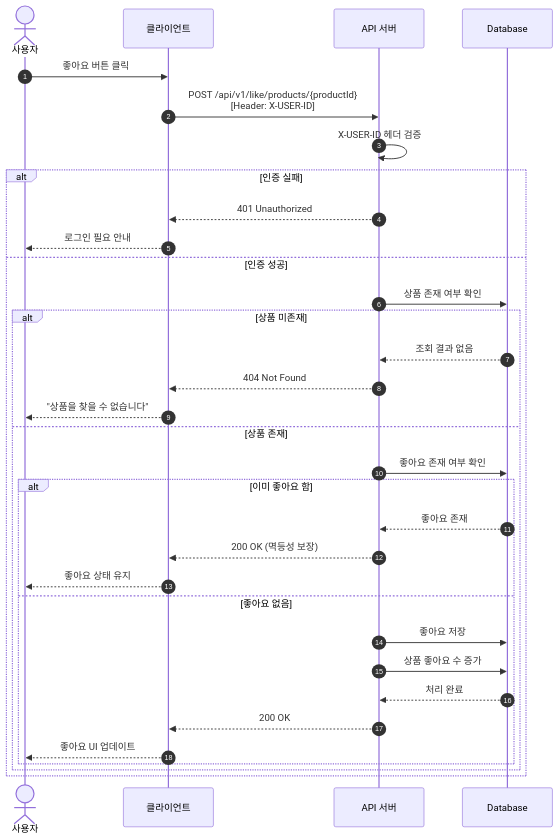
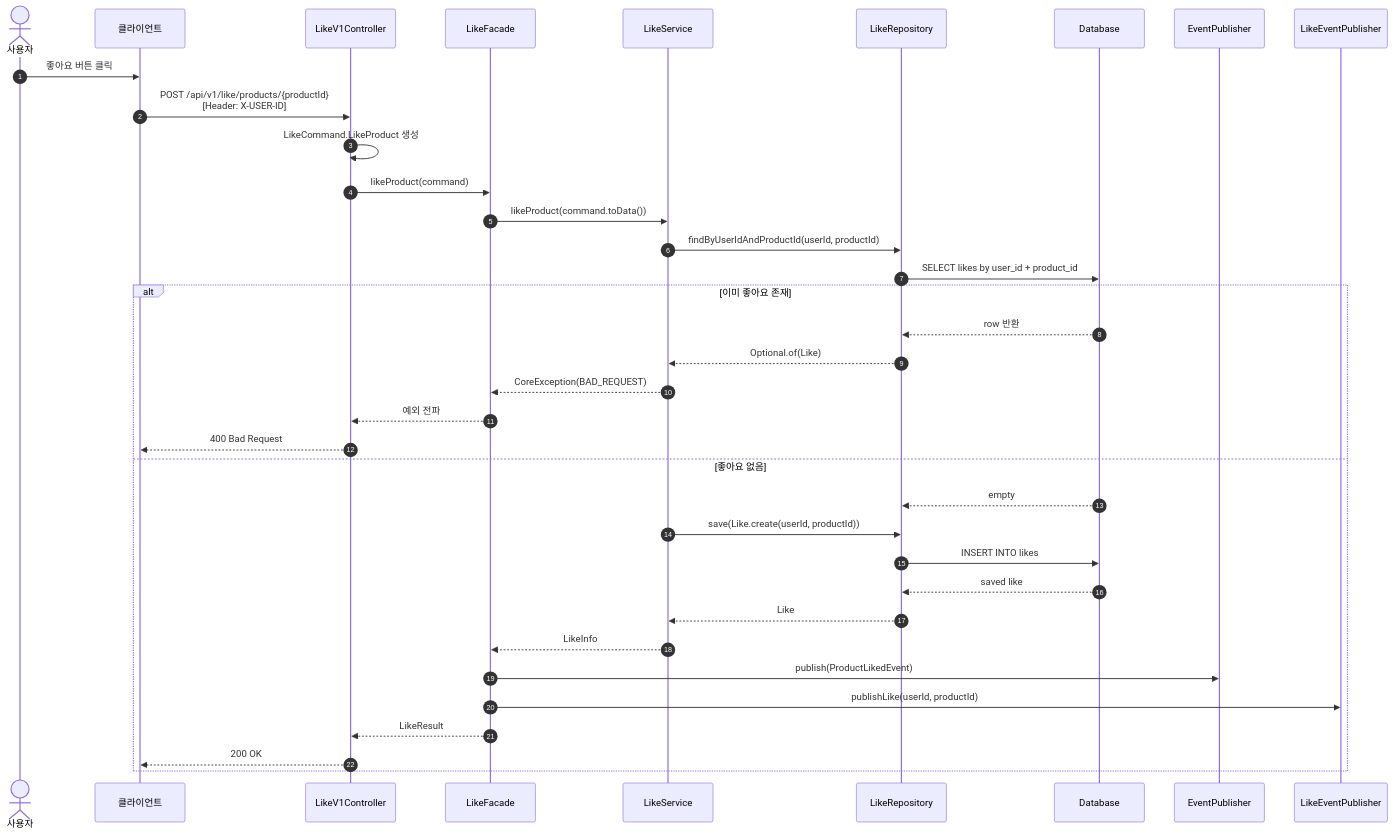
One commit to yht0827/my-commerce changed the eighth of 14 diagrams in docs/02-sequence-diagrams.md. Above: the diagram before and after it, drawn with Mermaid. The commit also changed other lines of this file and 16 other files, not shown here.

First line of the commit message:
:sparkles: feat: 좋아요 도메인 추가 및 API/비즈니스 로직 구현

````diff
--- a/docs/02-sequence-diagrams.md
+++ b/docs/02-sequence-diagrams.md
@@ -288,40 +288,40 @@
 ```mermaid
 sequenceDiagram
     autonumber
     actor User as 사용자
     participant Client as 클라이언트
-    participant Server as API 서버
+    participant Controller as LikeV1Controller
+    participant Facade as LikeFacade
+    participant Service as LikeService
+    participant Repository as LikeRepository
     participant DB as Database
+    participant EventBus as EventPublisher
+    participant Kafka as LikeEventPublisher
 
     User->>Client: 좋아요 버튼 클릭
-    Client->>Server: POST /api/v1/like/products/{productId}<br/>[Header: X-USER-ID]
+    Client->>Controller: POST /api/v1/like/products/{productId}<br/>[Header: X-USER-ID]
+    Controller->>Controller: LikeCommand.LikeProduct 생성
+    Controller->>Facade: likeProduct(command)
+    Facade->>Service: likeProduct(command.toData())
+    Service->>Repository: findByUserIdAndProductId(userId, productId)
+    Repository->>DB: SELECT likes by user_id + product_id
 
-    Server->>Server: X-USER-ID 헤더 검증
-
-    alt 인증 실패
-        Server-->>Client: 401 Unauthorized
-        Client-->>User: 로그인 필요 안내
-    else 인증 성공
-        Server->>DB: 상품 존재 여부 확인
-
-        alt 상품 미존재
-            DB-->>Server: 조회 결과 없음
-            Server-->>Client: 404 Not Found
-            Client-->>User: "상품을 찾을 수 없습니다"
-        else 상품 존재
-            Server->>DB: 좋아요 존재 여부 확인
-
-            alt 이미 좋아요 함
-                DB-->>Server: 좋아요 존재
-                Server-->>Client: 200 OK (멱등성 보장)
-                Client-->>User: 좋아요 상태 유지
-            else 좋아요 없음
-                Server->>DB: 좋아요 저장
-                Server->>DB: 상품 좋아요 수 증가
-                DB-->>Server: 처리 완료
-                Server-->>Client: 200 OK
-                Client-->>User: 좋아요 UI 업데이트
-            end
-        end
+    alt 이미 좋아요 존재
+        DB-->>Repository: row 반환
+        Repository-->>Service: Optional.of(Like)
+        Service-->>Facade: CoreException(BAD_REQUEST)
+        Facade-->>Controller: 예외 전파
+        Controller-->>Client: 400 Bad Request
+    else 좋아요 없음
+        DB-->>Repository: empty
+        Service->>Repository: save(Like.create(userId, productId))
+        Repository->>DB: INSERT INTO likes
+        DB-->>Repository: saved like
+        Repository-->>Service: Like
+        Service-->>Facade: LikeInfo
+        Facade->>EventBus: publish(ProductLikedEvent)
+        Facade->>Kafka: publishLike(userId, productId)
+        Facade-->>Controller: LikeResult
+        Controller-->>Client: 200 OK
     end
 ```
````
